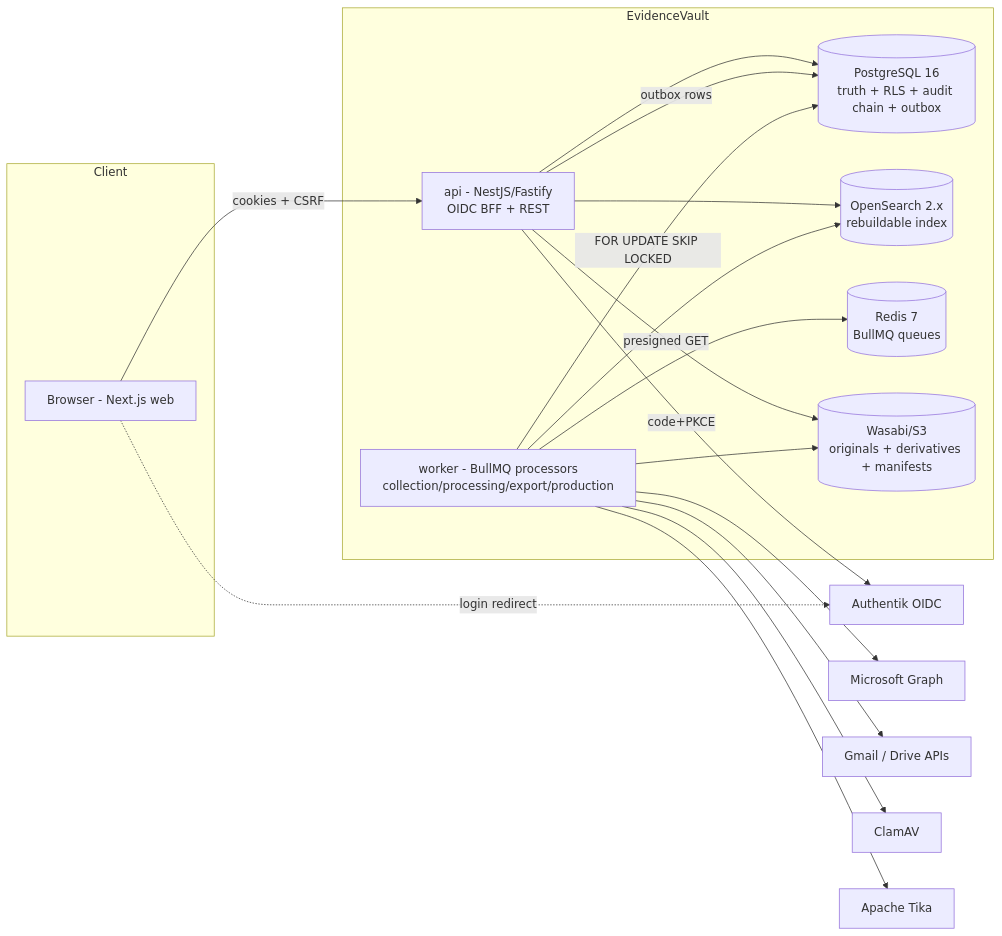
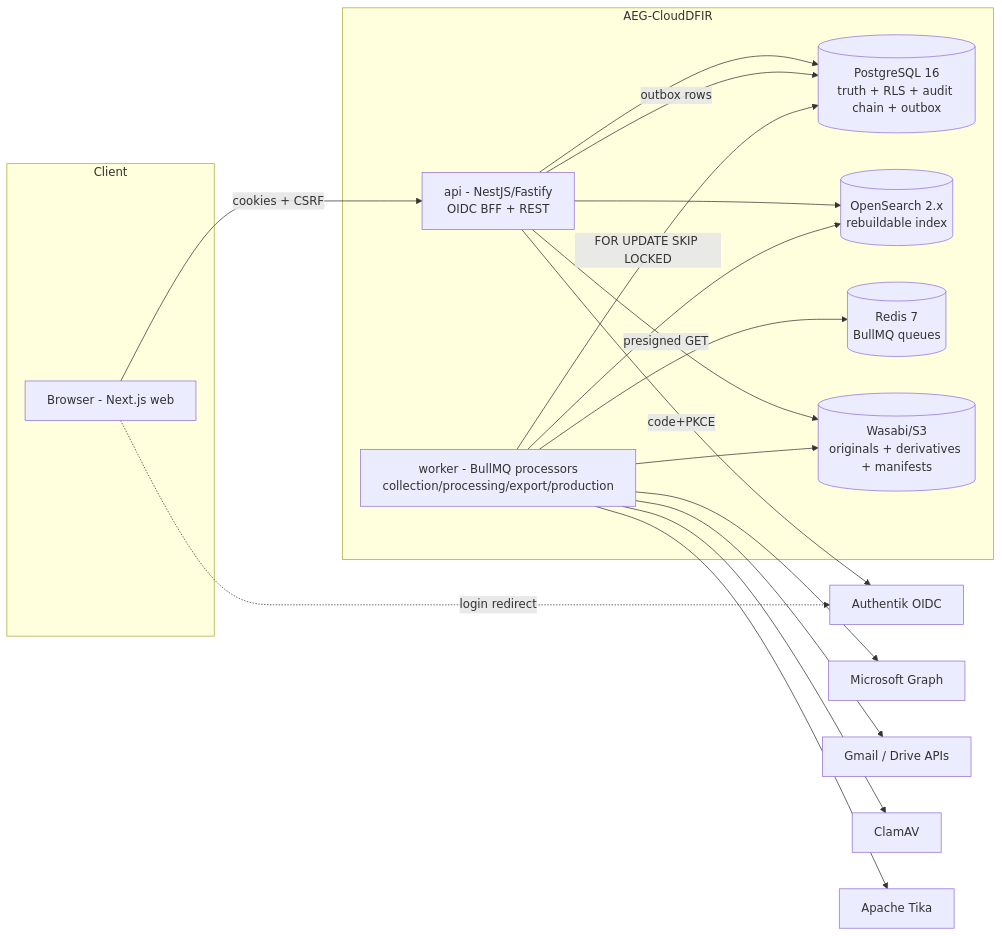
The first of 4 diagrams in docs/architecture.md (iangcastill0/AEGCloudDFIR), drawn with Mermaid before and after one commit. The commit also changed other lines of this file and 35 other files, not shown here.

First line of the commit message:
rebrand: EvidenceVault -> AEG-CloudDFIR (product/display name)

````diff
--- a/docs/architecture.md
+++ b/docs/architecture.md
@@ -7,35 +7,35 @@
 ```mermaid
 flowchart LR
     subgraph Client
       B[Browser - Next.js web]
     end
-    subgraph EvidenceVault
+    subgraph AEG-CloudDFIR
       API[api - NestJS/Fastify\nOIDC BFF + REST]
       W[worker - BullMQ processors\ncollection/processing/export/production]
       PG[(PostgreSQL 16\ntruth + RLS + audit chain + outbox)]
       OS[(OpenSearch 2.x\nrebuildable index)]
       R[(Redis 7\nBullMQ queues)]
       S3[(Wasabi/S3\noriginals + derivatives + manifests)]
     end
     IDP[Authentik OIDC]
     MS[Microsoft Graph]
     GG[Gmail / Drive APIs]
     CLAM[ClamAV]
     TIKA[Apache Tika]
 
     B -->|cookies + CSRF| API
     B -.->|login redirect| IDP
     API -->|code+PKCE| IDP
     API --> PG
     API --> OS
     API -->|presigned GET| S3
     API -->|outbox rows| PG
     W -->|FOR UPDATE SKIP LOCKED| PG
     W --> R
     W --> S3
     W --> OS
     W --> MS
     W --> GG
     W --> CLAM
     W --> TIKA
 ```
````
